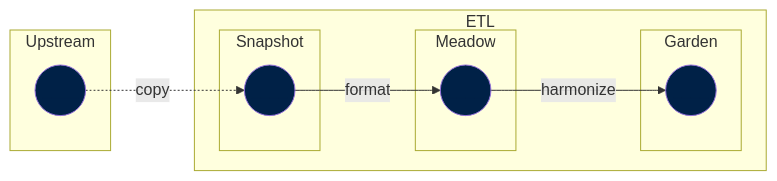
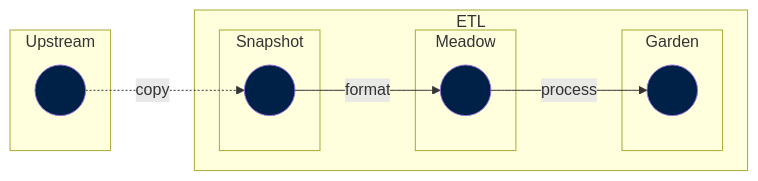
One commit to owid/etl changed the third of 4 diagrams in docs/architecture/workflow/index.md. Above: the diagram before and after it, drawn with Mermaid. The commit also changed other lines of this file and 3 other files, not shown here.

````diff
--- a/docs/architecture/workflow/index.md
+++ b/docs/architecture/workflow/index.md
@@ -144,32 +109,32 @@
 ```mermaid
 flowchart LR
 
     upstream1((____)):::node -.->|copy| snapshot1((____)):::node
     snapshot1((____)):::node -->|format| meadow1((____)):::node
-    meadow1((____)):::node -->|harmonize| garden1((____)):::node
+    meadow1((____)):::node -->|process| garden1((____)):::node
 
     subgraph id0 [Upstream]
     upstream1
     end
 
     subgraph id1 [Snapshot]
     snapshot1
     end
 
     subgraph id2 [Meadow]
     meadow1
     end
 
     subgraph id3 [Garden]
     garden1
     end
 
     subgraph id [ETL]
     id1
     id2
     id3
     end
 
     classDef node fill:#002147,color:#002147
     classDef node_ss fill:#002147,color:#fff
 ```
````
